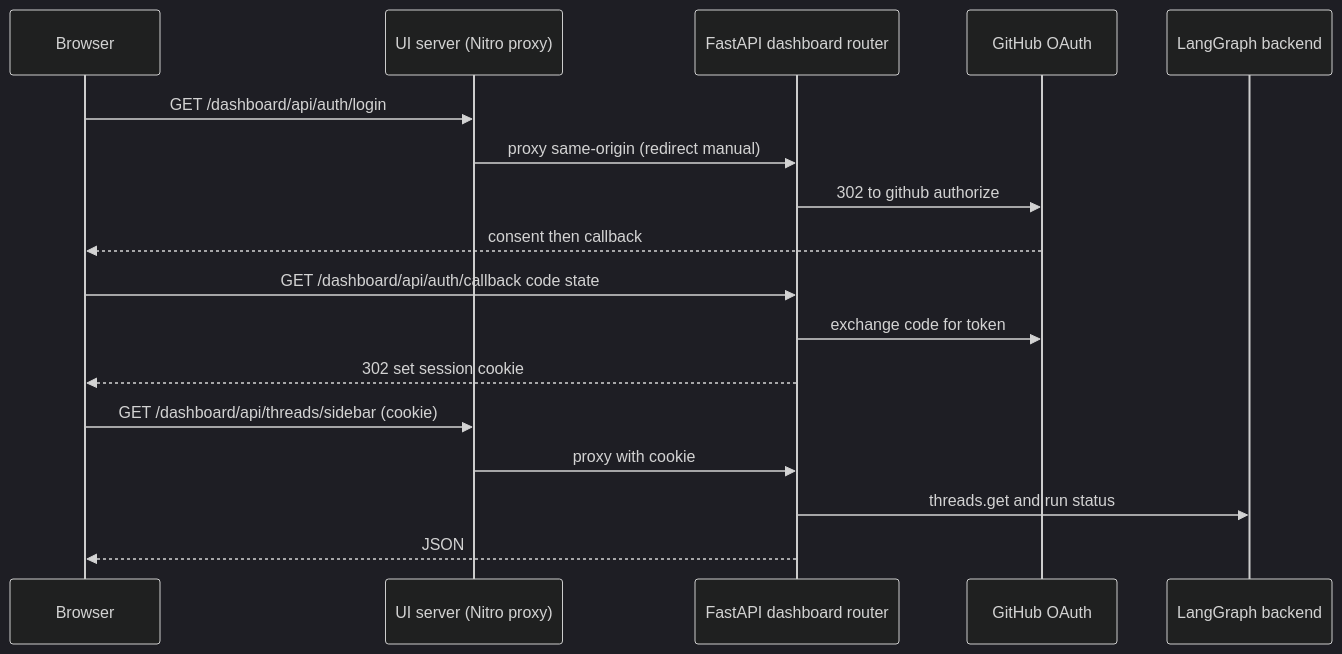
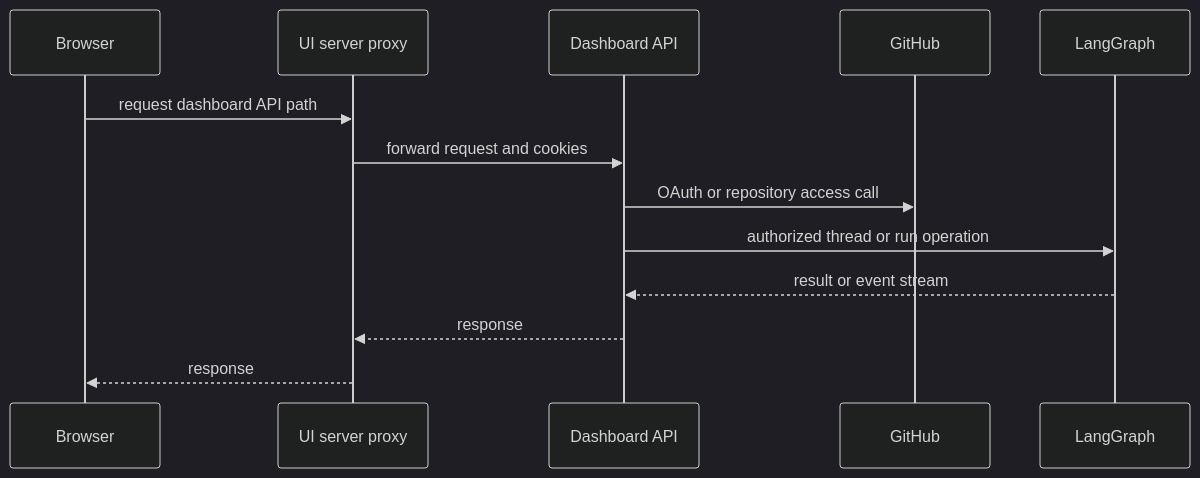
One commit to langchain-ai/open-swe changed the first of 2 diagrams in openwiki/integrations/dashboard-ui.md. Above: the diagram before and after it, drawn with Mermaid (dark theme). The commit also changed other lines of this file and 21 other files, not shown here.

````diff
--- a/openwiki/integrations/dashboard-ui.md
+++ b/openwiki/integrations/dashboard-ui.md
@@ -74,20 +63,16 @@
 ```mermaid
 sequenceDiagram
     participant Browser
-    participant Nitro as UI server (Nitro proxy)
-    participant API as FastAPI dashboard router
-    participant GH as GitHub OAuth
-    participant LG as LangGraph backend
+    participant UI as UI server proxy
+    participant API as Dashboard API
+    participant GitHub
+    participant Graph as LangGraph
 
-    Browser->>Nitro: GET /dashboard/api/auth/login
-    Nitro->>API: proxy same-origin (redirect manual)
-    API->>GH: 302 to github authorize
-    GH-->>Browser: consent then callback
-    Browser->>API: GET /dashboard/api/auth/callback code state
-    API->>GH: exchange code for token
-    API-->>Browser: 302 set session cookie
-    Browser->>Nitro: GET /dashboard/api/threads/sidebar (cookie)
-    Nitro->>API: proxy with cookie
-    API->>LG: threads.get and run status
-    API-->>Browser: JSON
+    Browser->>UI: request dashboard API path
+    UI->>API: forward request and cookies
+    API->>GitHub: OAuth or repository access call
+    API->>Graph: authorized thread or run operation
+    Graph-->>API: result or event stream
+    API-->>UI: response
+    UI-->>Browser: response
 ```
````
